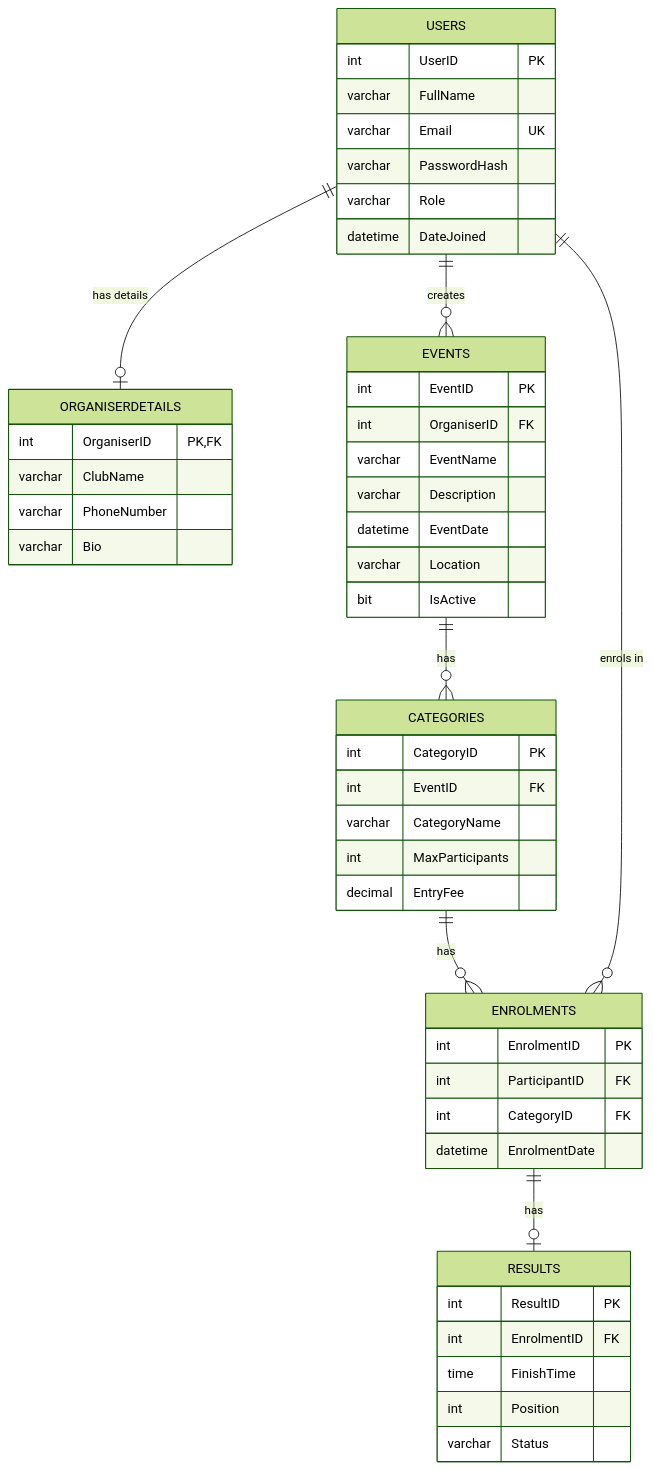
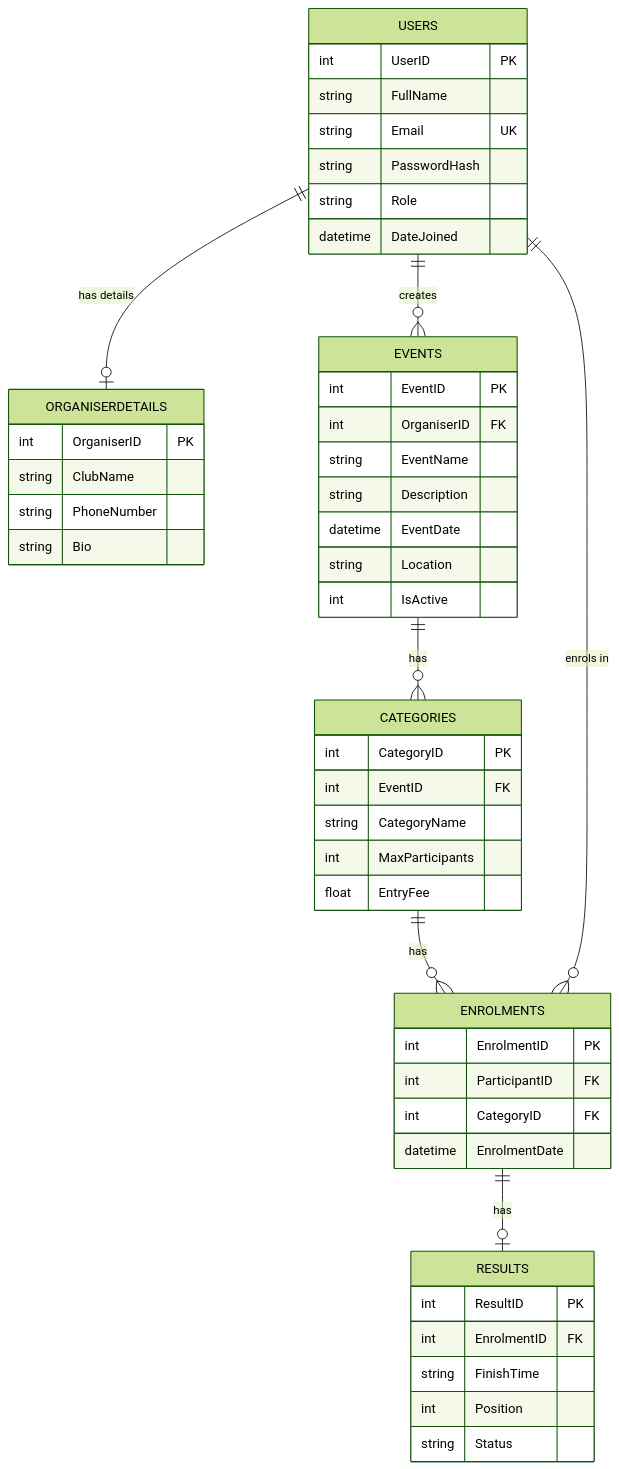
The diagram in docs/ERD.md (st10472501Ydv/PROG6212-POE-RaceDay), drawn with Mermaid (forest theme) before and after one commit. The commit also changed other lines of this file and 7 other files, not shown here.

Commit message:
Fix ERD PK-FK labels, fix SQL text bug, add references to all docs

````diff
--- a/docs/ERD.md
+++ b/docs/ERD.md
@@ -91,58 +91,58 @@
 ```mermaid
 erDiagram
     USERS {
         int UserID PK
-        varchar FullName
-        varchar Email UK
-        varchar PasswordHash
-        varchar Role
+        string FullName
+        string Email UK
+        string PasswordHash
+        string Role
         datetime DateJoined
     }
 
     ORGANISERDETAILS {
-        int OrganiserID PK, FK
-        varchar ClubName
-        varchar PhoneNumber
-        varchar Bio
+        int OrganiserID PK
+        string ClubName
+        string PhoneNumber
+        string Bio
     }
 
     EVENTS {
         int EventID PK
         int OrganiserID FK
-        varchar EventName
-        varchar Description
+        string EventName
+        string Description
         datetime EventDate
-        varchar Location
-        bit IsActive
+        string Location
+        int IsActive
     }
 
     CATEGORIES {
         int CategoryID PK
         int EventID FK
-        varchar CategoryName
+        string CategoryName
         int MaxParticipants
-        decimal EntryFee
+        float EntryFee
     }
 
     ENROLMENTS {
         int EnrolmentID PK
         int ParticipantID FK
         int CategoryID FK
         datetime EnrolmentDate
     }
 
     RESULTS {
         int ResultID PK
         int EnrolmentID FK
-        time FinishTime
+        string FinishTime
         int Position
-        varchar Status
+        string Status
     }
 
     USERS ||--o| ORGANISERDETAILS : "has details"
     USERS ||--o{ EVENTS : "creates"
     EVENTS ||--o{ CATEGORIES : "has"
     CATEGORIES ||--o{ ENROLMENTS : "has"
     USERS ||--o{ ENROLMENTS : "enrols in"
     ENROLMENTS ||--o| RESULTS : "has"
 ```
````
